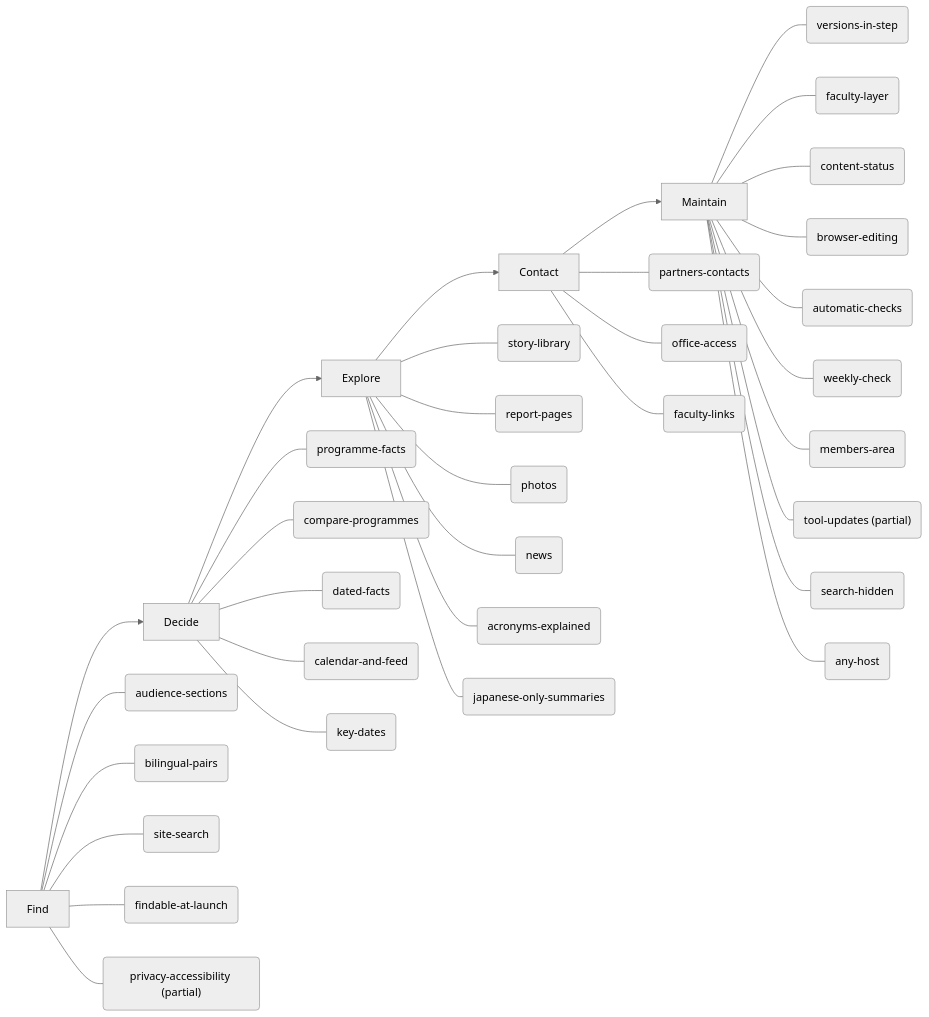
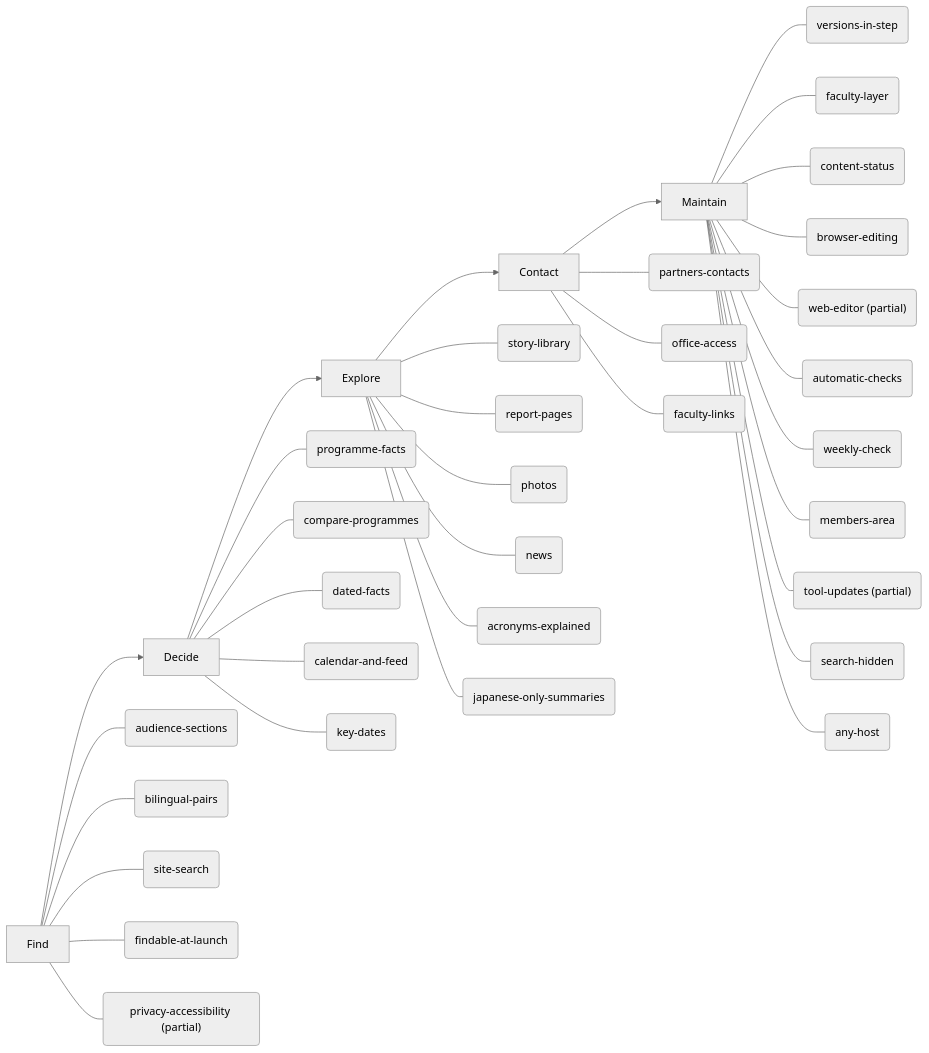
Before and after one commit to BasileChretien/nagoya-med-intl-prototype: the diagram in docs/features.md, drawn with Mermaid (neutral theme). The commit also changed other lines of this file and 24 other files, not shown here.

````diff
--- a/docs/features.md
+++ b/docs/features.md
@@ -5,41 +5,42 @@
 ```mermaid
 flowchart LR
   S0["Find"]
   S1["Decide"]
   S2["Explore"]
   S3["Contact"]
   S4["Maintain"]
   S0 --> S1
   S1 --> S2
   S2 --> S3
   S3 --> S4
   S0 --- audience_sections("audience-sections")
   S0 --- bilingual_pairs("bilingual-pairs")
   S1 --- programme_facts("programme-facts")
   S1 --- compare_programmes("compare-programmes")
   S1 --- dated_facts("dated-facts")
   S0 --- site_search("site-search")
   S1 --- calendar_and_feed("calendar-and-feed")
   S1 --- key_dates("key-dates")
   S2 --- story_library("story-library")
   S2 --- report_pages("report-pages")
   S2 --- photos("photos")
   S2 --- news("news")
   S3 --- partners_contacts("partners-contacts")
   S3 --- office_access("office-access")
   S2 --- acronyms_explained("acronyms-explained")
   S2 --- japanese_only_summaries("japanese-only-summaries")
   S3 --- faculty_links("faculty-links")
   S4 --- versions_in_step("versions-in-step")
   S4 --- faculty_layer("faculty-layer")
   S4 --- content_status("content-status")
   S4 --- browser_editing("browser-editing")
+  S4 --- web_editor("web-editor (partial)")
   S4 --- automatic_checks("automatic-checks")
   S4 --- weekly_check("weekly-check")
   S4 --- members_area("members-area")
   S4 --- tool_updates("tool-updates (partial)")
   S4 --- search_hidden("search-hidden")
   S4 --- any_host("any-host")
   S0 --- findable_at_launch("findable-at-launch")
   S0 --- privacy_accessibility("privacy-accessibility (partial)")
 ```
````
